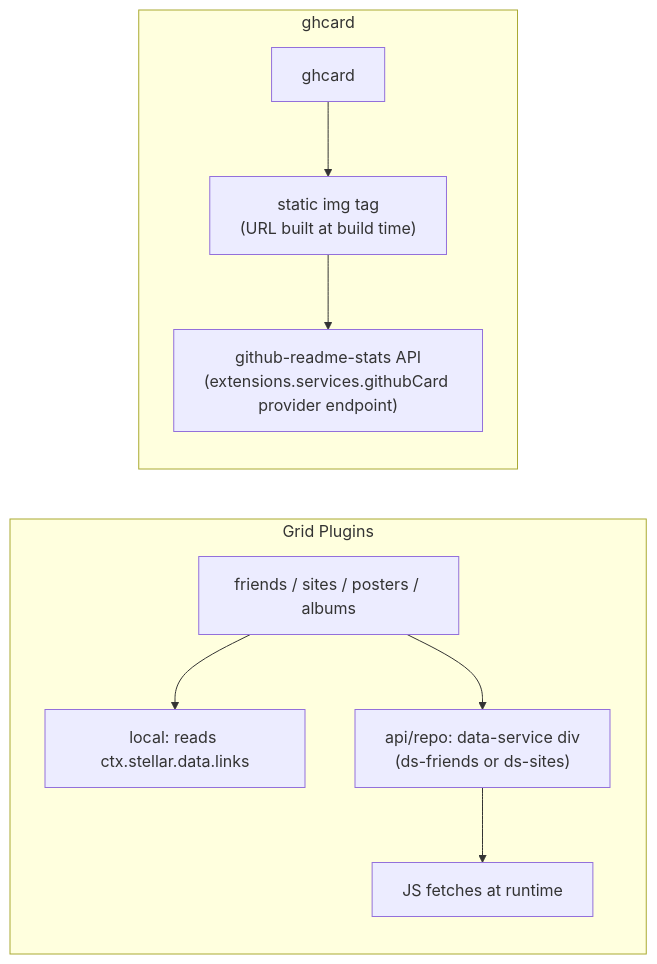
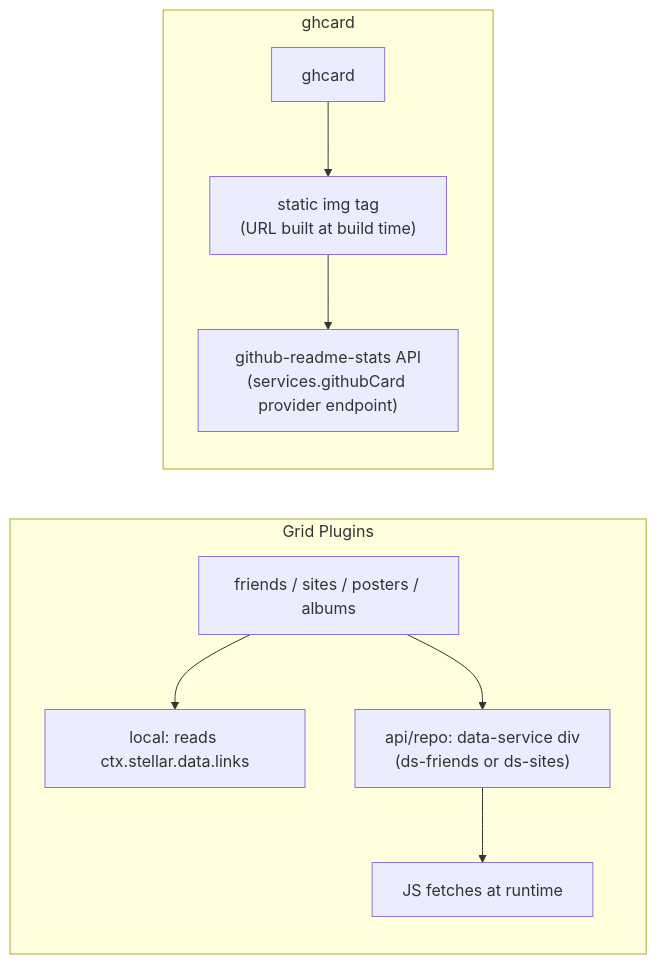
One commit to xaoxuu/hexo-theme-stellar changed the fourth of 4 diagrams in docs/knowledge/04-标签插件/social-content-card-tags.md. Above: the diagram before and after it, drawn with Mermaid. The commit also changed other lines of this file and 42 other files, not shown here.

````diff
--- a/docs/knowledge/04-标签插件/social-content-card-tags.md
+++ b/docs/knowledge/04-标签插件/social-content-card-tags.md
@@ -341,14 +341,14 @@
 ```mermaid
 flowchart LR
     subgraph "Grid Plugins"
         GP["friends / sites / posters / albums"]
         GP --> LP["local: reads ctx.stellar.data.links"]
         GP --> AP["api/repo: data-service div\n(ds-friends or ds-sites)"]
         AP --> JS["JS fetches at runtime"]
     end
     subgraph "ghcard"
         GC["ghcard"]
         GC --> IMG["static img tag\n(URL built at build time)"]
-        IMG --> GHAPI["github-readme-stats API\n(extensions.services.githubCard provider endpoint)"]
+        IMG --> GHAPI["github-readme-stats API\n(services.githubCard provider endpoint)"]
     end
 ```
````
